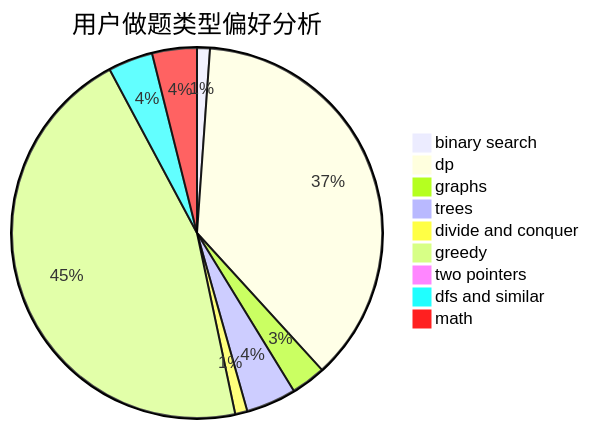
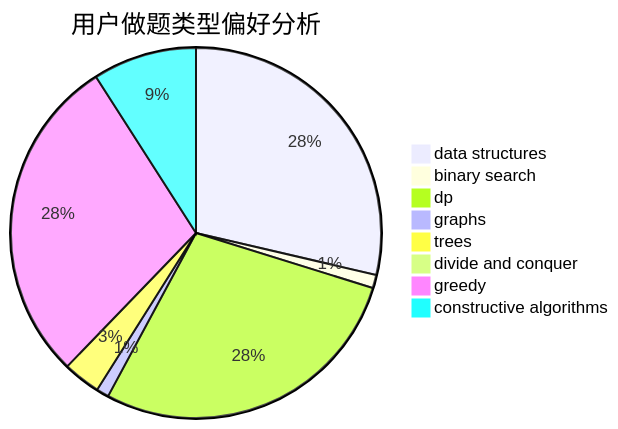
The second of 3 diagrams in docs/user/u1776.md (sherpahu/cfrs.github.io), drawn with Mermaid before and after one commit. The commit also changed other lines of this file and 2775 other files, not shown here.

````diff
--- a/docs/user/u1776.md
+++ b/docs/user/u1776.md
@@ -23,12 +23,11 @@
 ```mermaid
 pie title 用户做题类型偏好分析
-    "binary search" :  19
-    "dp" :  627
-    "graphs" :  51
-    "trees" :  74
-    "divide and conquer" :  18
-    "greedy" :  769
-    "two pointers" :  12
-    "dfs and similar" :  66
-    "math" :  66
+    "data structures" :  395
+    "binary search" :  16
+    "dp" :  387
+    "graphs" :  15
+    "trees" :  45
+    "divide and conquer" :  11
+    "greedy" :  396
+    "constructive algorithms" :  125
 ```
````
